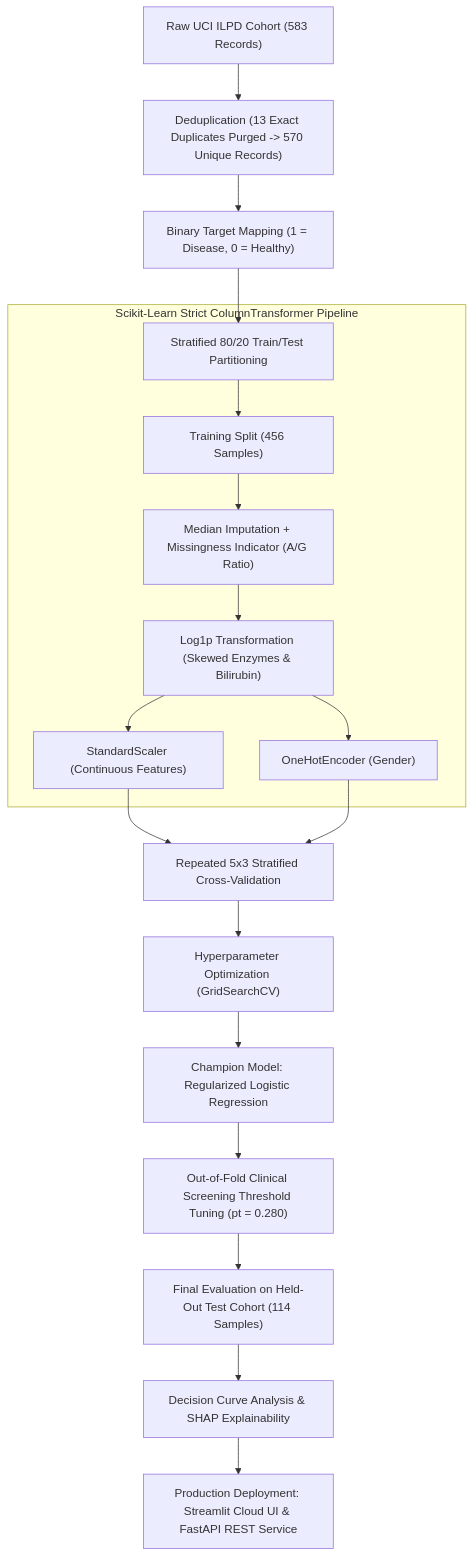
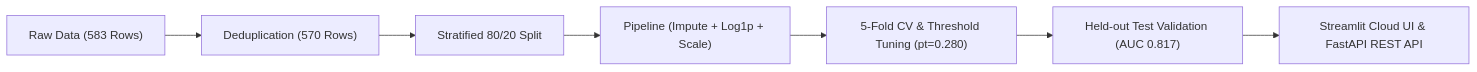
One commit to simnexis/liver-disease-prediction changed the diagram in README.md. Above: the diagram before and after it, drawn with Mermaid. The commit also changed other lines of this file, not shown here.

Commit message:
docs: streamline README into concise, exact, standard open-source format

````diff
--- a/README.md
+++ b/README.md
@@ -82,23 +42,9 @@
 ```mermaid
-graph TD
-    A["Raw UCI ILPD Cohort (583 Records)"] --> B["Deduplication (13 Exact Duplicates Purged -> 570 Unique Records)"]
-    B --> C["Binary Target Mapping (1 = Disease, 0 = Healthy)"]
-    C --> D["Stratified 80/20 Train/Test Partitioning"]
-    
-    subgraph "Scikit-Learn Strict ColumnTransformer Pipeline"
-        D --> E["Training Split (456 Samples)"]
-        E --> F["Median Imputation + Missingness Indicator (A/G Ratio)"]
-        F --> G["Log1p Transformation (Skewed Enzymes & Bilirubin)"]
-        G --> H["StandardScaler (Continuous Features)"]
-        G --> I["OneHotEncoder (Gender)"]
-    end
-    
-    H --> J["Repeated 5x3 Stratified Cross-Validation"]
-    I --> J
-    J --> K["Hyperparameter Optimization (GridSearchCV)"]
-    K --> L["Champion Model: Regularized Logistic Regression"]
-    L --> M["Out-of-Fold Clinical Screening Threshold Tuning (pt = 0.280)"]
-    M --> N["Final Evaluation on Held-Out Test Cohort (114 Samples)"]
-    N --> O["Decision Curve Analysis & SHAP Explainability"]
-    O --> P["Production Deployment: Streamlit Cloud UI & FastAPI REST Service"]
+graph LR
+    A["Raw Data (583 Rows)"] --> B["Deduplication (570 Rows)"]
+    B --> C["Stratified 80/20 Split"]
+    C --> D["Pipeline (Impute + Log1p + Scale)"]
+    D --> E["5-Fold CV & Threshold Tuning (pt=0.280)"]
+    E --> F["Held-out Test Validation (AUC 0.817)"]
+    F --> G["Streamlit Cloud UI & FastAPI REST API"]
 ```
````
